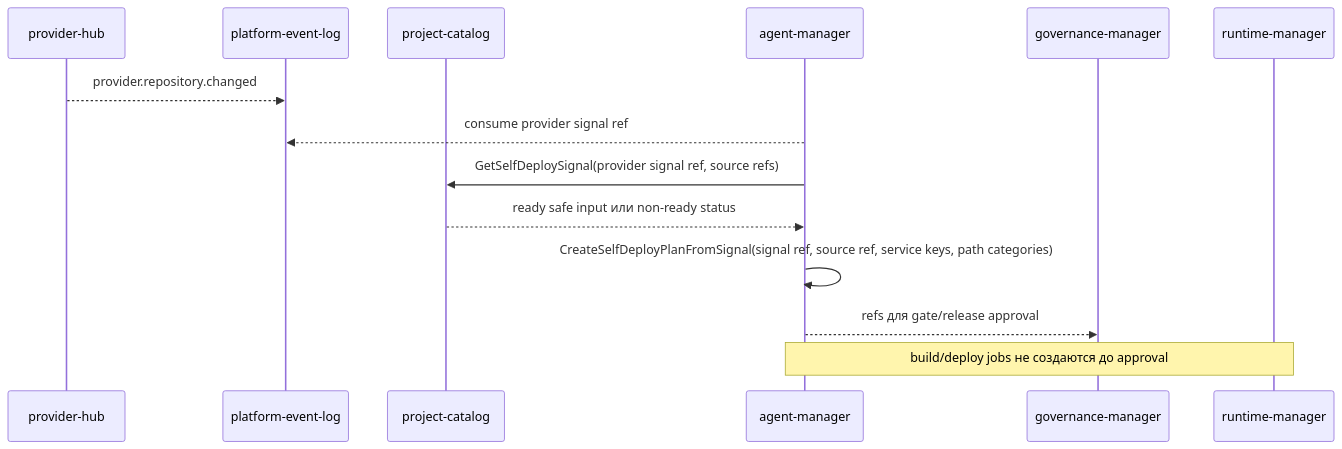
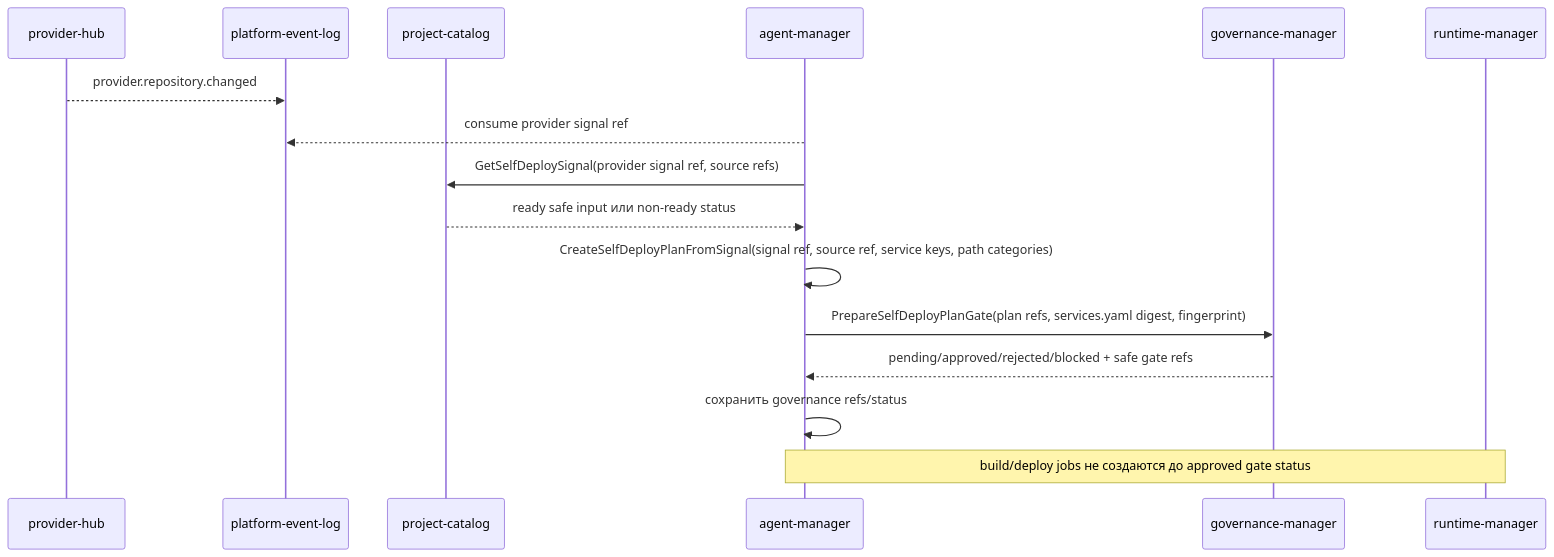
The third of 4 diagrams in docs/domains/agent-orchestration/architecture/design.md (codex-k8s/kodex), drawn with Mermaid before and after one commit. The commit also changed other lines of this file and 24 other files, not shown here.

Commit message:
Prepare self deploy governance gate

````diff
--- a/docs/domains/agent-orchestration/architecture/design.md
+++ b/docs/domains/agent-orchestration/architecture/design.md
@@ -135,16 +135,18 @@
 ```mermaid
 sequenceDiagram
   participant Provider as provider-hub
   participant Log as platform-event-log
   participant PC as project-catalog
   participant AM as agent-manager
   participant GOV as governance-manager
   participant R as runtime-manager
   Provider-->>Log: provider.repository.changed
   AM-->>Log: consume provider signal ref
   AM->>PC: GetSelfDeploySignal(provider signal ref, source refs)
   PC-->>AM: ready safe input или non-ready status
   AM->>AM: CreateSelfDeployPlanFromSignal(signal ref, source ref, service keys, path categories)
-  AM-->>GOV: refs для gate/release approval
-  Note over AM,R: build/deploy jobs не создаются до approval
+  AM->>GOV: PrepareSelfDeployPlanGate(plan refs, services.yaml digest, fingerprint)
+  GOV-->>AM: pending/approved/rejected/blocked + safe gate refs
+  AM->>AM: сохранить governance refs/status
+  Note over AM,R: build/deploy jobs не создаются до approved gate status
 ```
````
